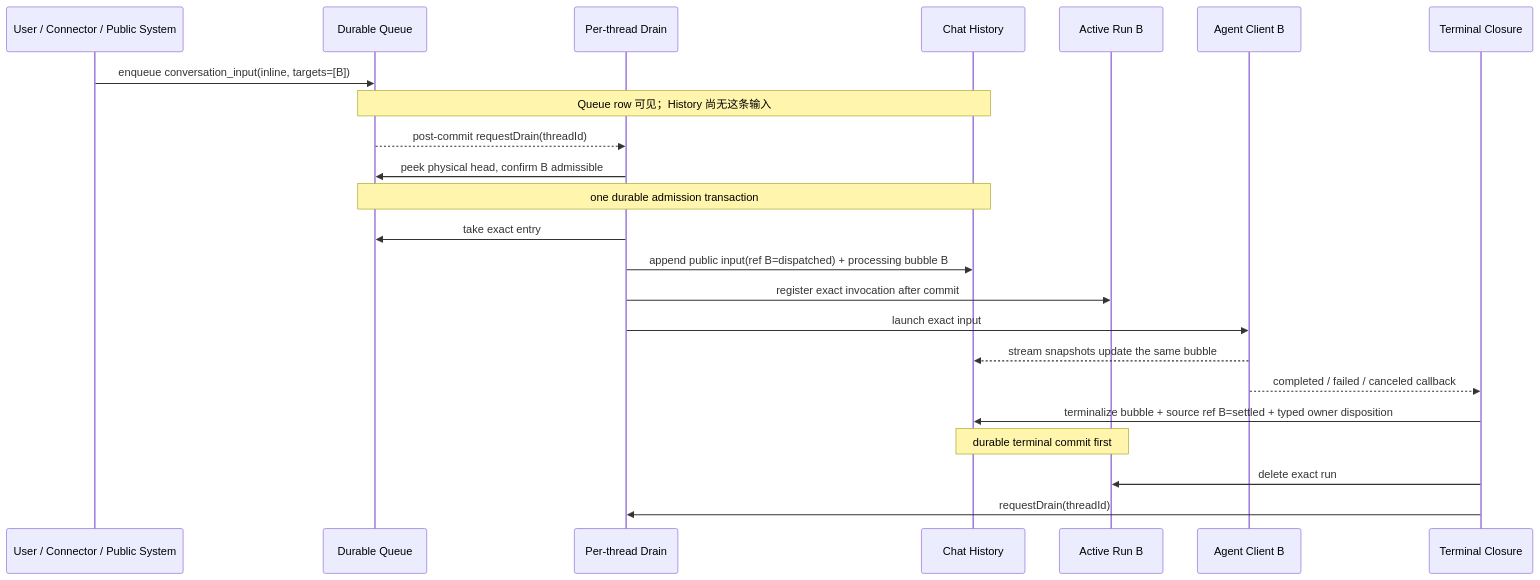
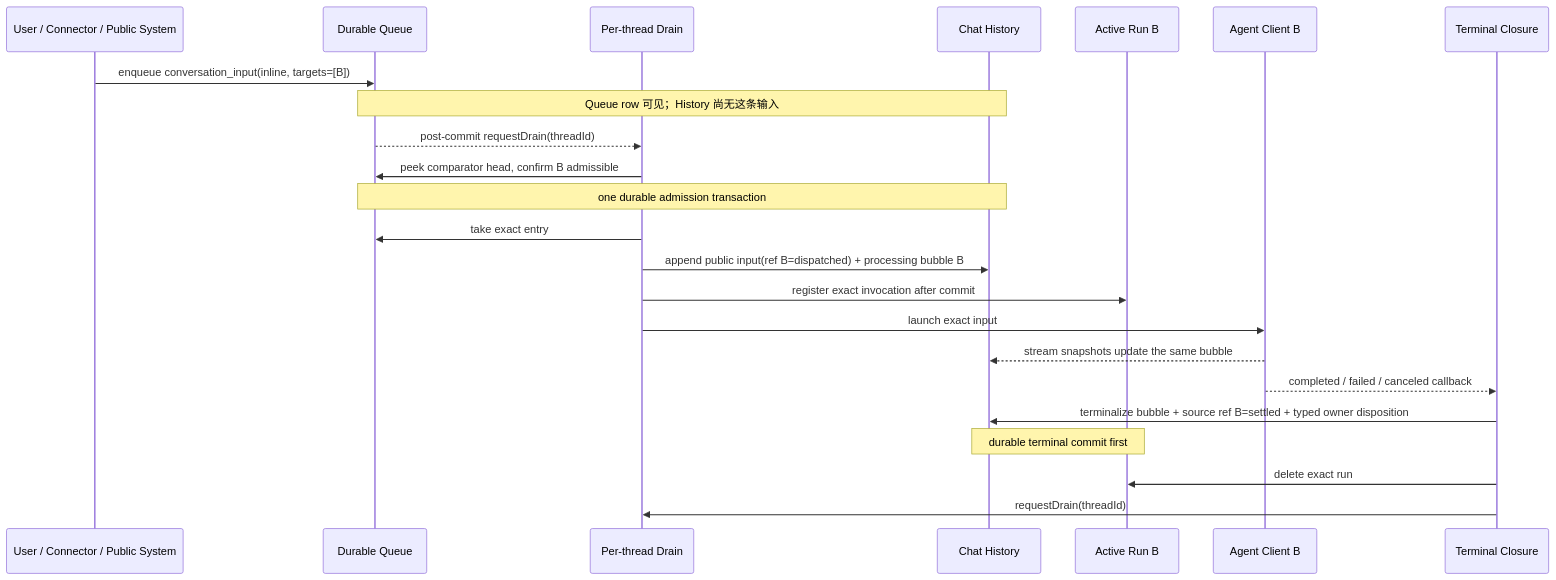
Before and after one commit to zts212653/clowder-ai: the first of 8 diagrams in docs/architecture/message-delivery-handling-handoff-audit.md, drawn with Mermaid. The commit also changed other lines of this file, not shown here.

First line of the commit message:
docs(architecture): clarify Queue lifecycle contracts

````diff
--- a/docs/architecture/message-delivery-handling-handoff-audit.md
+++ b/docs/architecture/message-delivery-handling-handoff-audit.md
@@ -92,26 +92,26 @@
 ```mermaid
 sequenceDiagram
     participant U as User / Connector / Public System
     participant Q as Durable Queue
     participant D as Per-thread Drain
     participant H as Chat History
     participant R as Active Run B
     participant B as Agent Client B
     participant T as Terminal Closure
 
     U->>Q: enqueue conversation_input(inline, targets=[B])
     Note over Q,H: Queue row 可见；History 尚无这条输入
     Q-->>D: post-commit requestDrain(threadId)
-    D->>Q: peek physical head, confirm B admissible
+    D->>Q: peek comparator head, confirm B admissible
     Note over Q,H: one durable admission transaction
     D->>Q: take exact entry
     D->>H: append public input(ref B=dispatched) + processing bubble B
     D->>R: register exact invocation after commit
     D->>B: launch exact input
     B-->>H: stream snapshots update the same bubble
     B-->>T: completed / failed / canceled callback
     T->>H: terminalize bubble + source ref B=settled + typed owner disposition
     Note over H,R: durable terminal commit first
     T->>R: delete exact run
     T->>D: requestDrain(threadId)
 ```
````
